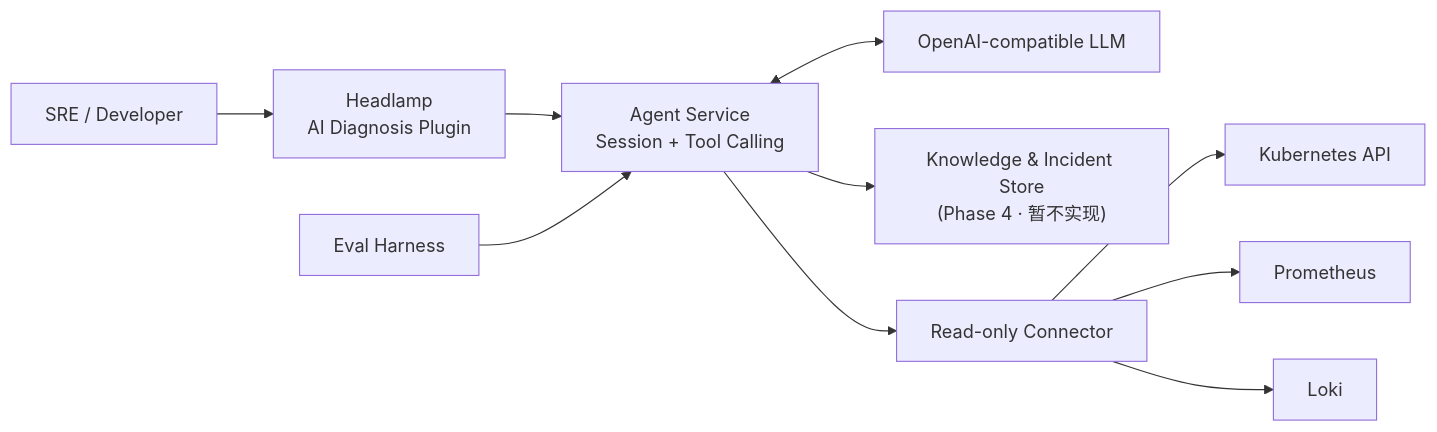
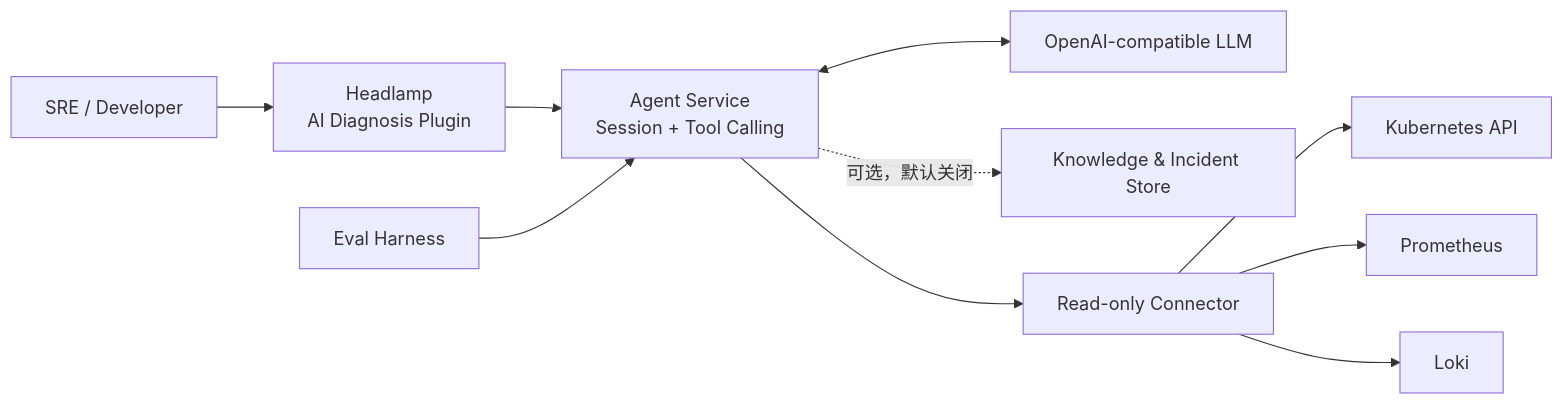
The diagram in README.md (luochangbin/k8sPilot), drawn with Mermaid before and after one commit. The commit also changed other lines of this file, not shown here.

````diff
--- a/README.md
+++ b/README.md
@@ -42,12 +42,12 @@
 ```mermaid
 flowchart LR
     User["SRE / Developer"] --> Headlamp["Headlamp<br/>AI Diagnosis Plugin"]
     Headlamp --> Agent["Agent Service<br/>Session + Tool Calling"]
     Agent <--> LLM["OpenAI-compatible LLM"]
-    Agent --> Knowledge["Knowledge & Incident Store<br/>(Phase 4 · 暂不实现)"]
+    Agent -. "可选，默认关闭" .-> Knowledge["Knowledge & Incident Store"]
     Agent --> Connector["Read-only Connector"]
     Connector --> K8s["Kubernetes API"]
     Connector --> Prometheus["Prometheus"]
     Connector --> Loki["Loki"]
     Eval["Eval Harness"] --> Agent
 ```
````
